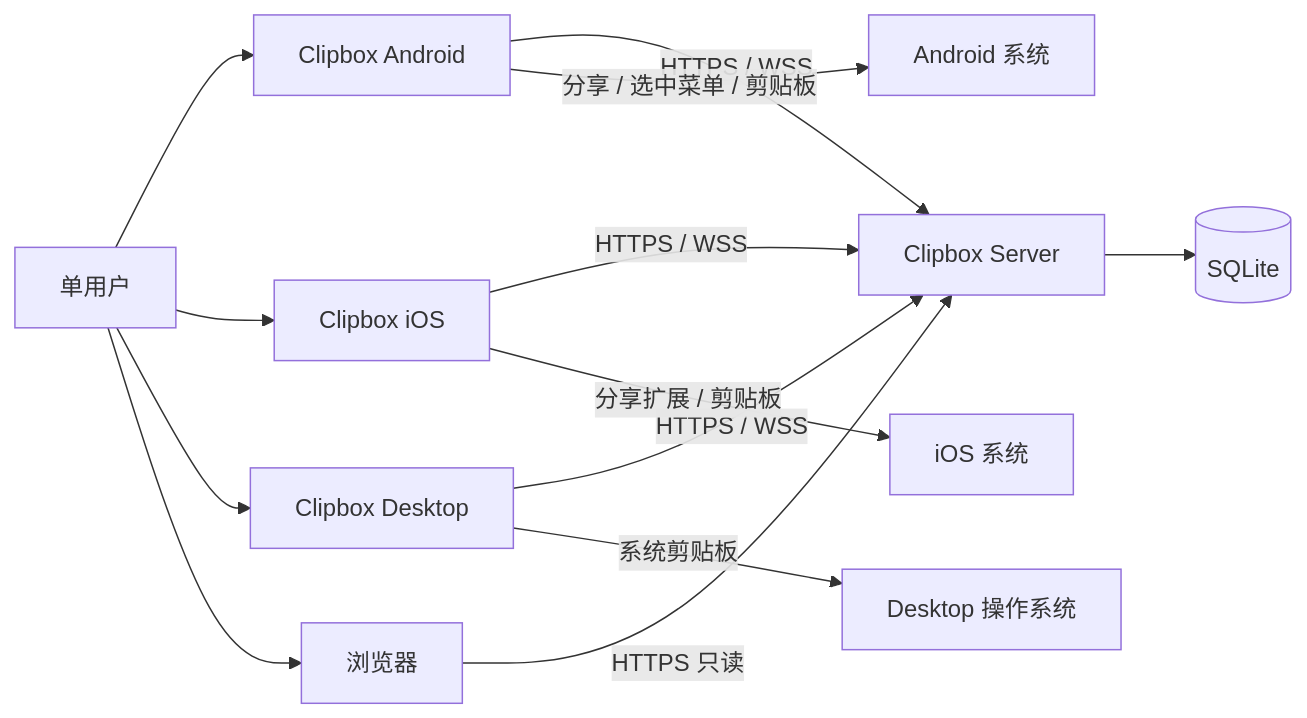
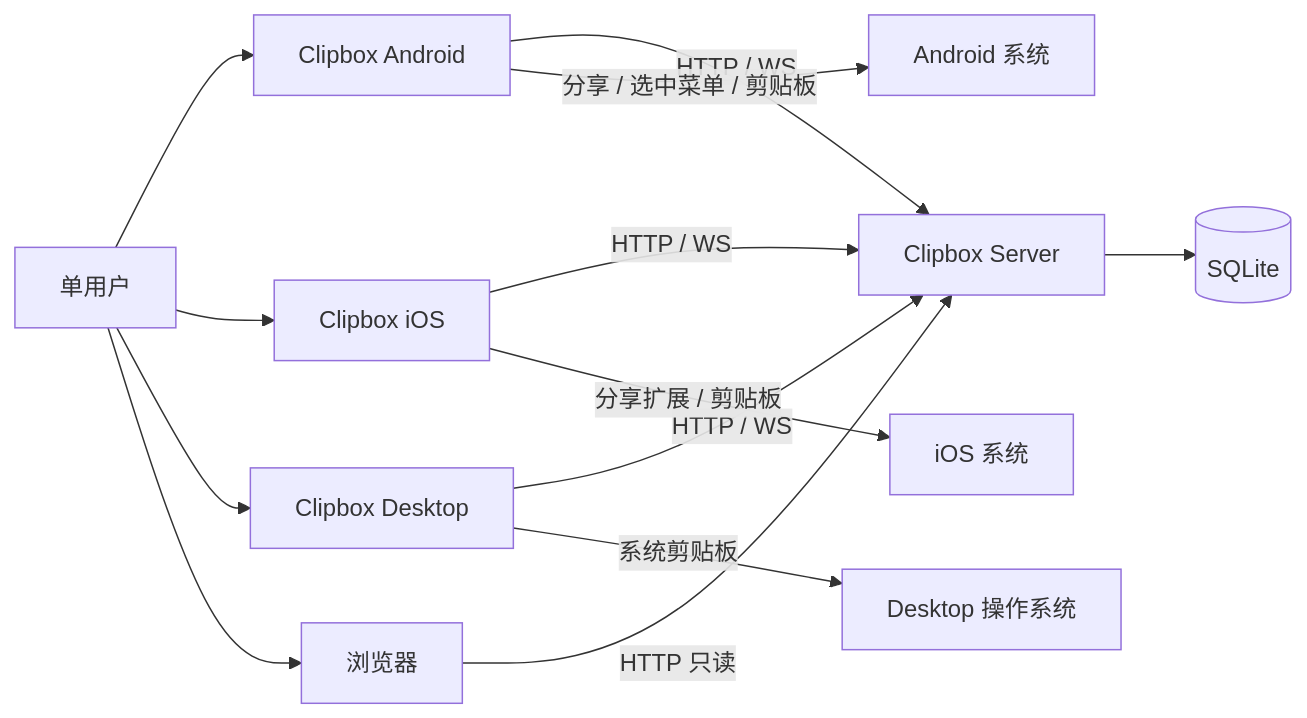
Before and after one commit to xingfengwxx/Clipbox: the first of 13 diagrams in docs/客户端技术架构.md, drawn with Mermaid. The commit also changed other lines of this file and 15 other files, not shown here.

````diff
--- a/docs/客户端技术架构.md
+++ b/docs/客户端技术架构.md
@@ -46,15 +48,15 @@
 ```mermaid
 flowchart LR
     User[单用户] --> Android[Clipbox Android]
     User --> IOS[Clipbox iOS]
     User --> Desktop[Clipbox Desktop]
     User --> Browser[浏览器]
-    Android -->|HTTPS / WSS| Server[Clipbox Server]
-    IOS -->|HTTPS / WSS| Server
-    Desktop -->|HTTPS / WSS| Server
-    Browser -->|HTTPS 只读| Server
+    Android -->|HTTP / WS| Server[Clipbox Server]
+    IOS -->|HTTP / WS| Server
+    Desktop -->|HTTP / WS| Server
+    Browser -->|HTTP 只读| Server
     Android -->|分享 / 选中菜单 / 剪贴板| AndroidOS[Android 系统]
     IOS -->|分享扩展 / 剪贴板| IOSOS[iOS 系统]
     Desktop -->|系统剪贴板| DesktopOS[Desktop 操作系统]
     Server --> SQLite[(SQLite)]
 ```
````
